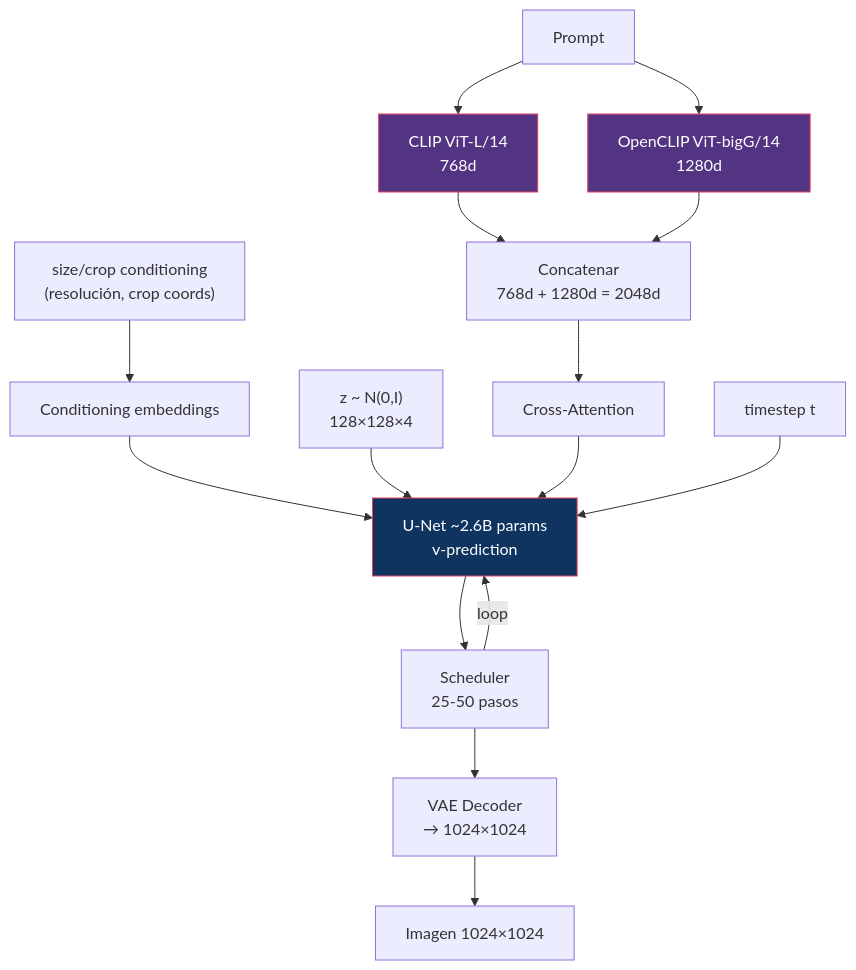
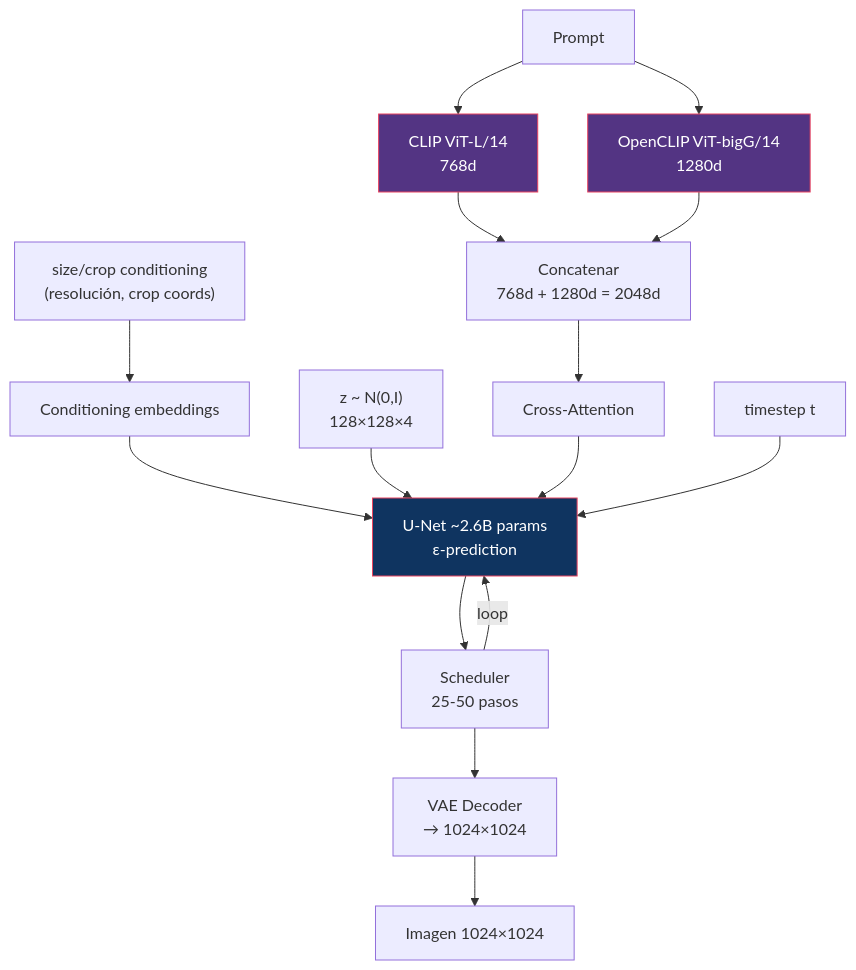
One commit to DavidDevGt/DifusionReal changed the third of 11 diagrams in 15-pipelines/README.md. Above: the diagram before and after it, drawn with Mermaid. The commit also changed other lines of this file, not shown here.

````diff
--- a/15-pipelines/README.md
+++ b/15-pipelines/README.md
@@ -99,25 +99,25 @@
 ```mermaid
 graph TB
     PROMPT["Prompt"] --> CLIP1["CLIP ViT-L/14<br/>768d"]
     PROMPT --> CLIP2["OpenCLIP ViT-bigG/14<br/>1280d"]
     CLIP1 --> CONCAT["Concatenar<br/>768d + 1280d = 2048d"]
     CLIP2 --> CONCAT
 
     CONCAT --> CROSS["Cross-Attention"]
 
     SIZE["size/crop conditioning<br/>(resolución, crop coords)"] --> EMBED["Conditioning embeddings"]
     EMBED --> UNET
 
-    NOISE["z ~ N(0,I)<br/>128×128×4"] --> UNET["U-Net ~2.6B params<br/>v-prediction"]
+    NOISE["z ~ N(0,I)<br/>128×128×4"] --> UNET["U-Net ~2.6B params<br/>ε-prediction"]
     CROSS --> UNET
     TIME["timestep t"] --> UNET
 
     UNET --> SCHED["Scheduler<br/>25-50 pasos"]
     SCHED -->|"loop"| UNET
     SCHED --> VAED["VAE Decoder<br/>→ 1024×1024"]
     VAED --> IMG["Imagen 1024×1024"]
 
     style CLIP1 fill:#533483,stroke:#e94560,color:#fff
     style CLIP2 fill:#533483,stroke:#e94560,color:#fff
     style UNET fill:#0f3460,stroke:#e94560,color:#fff
 ```
````
